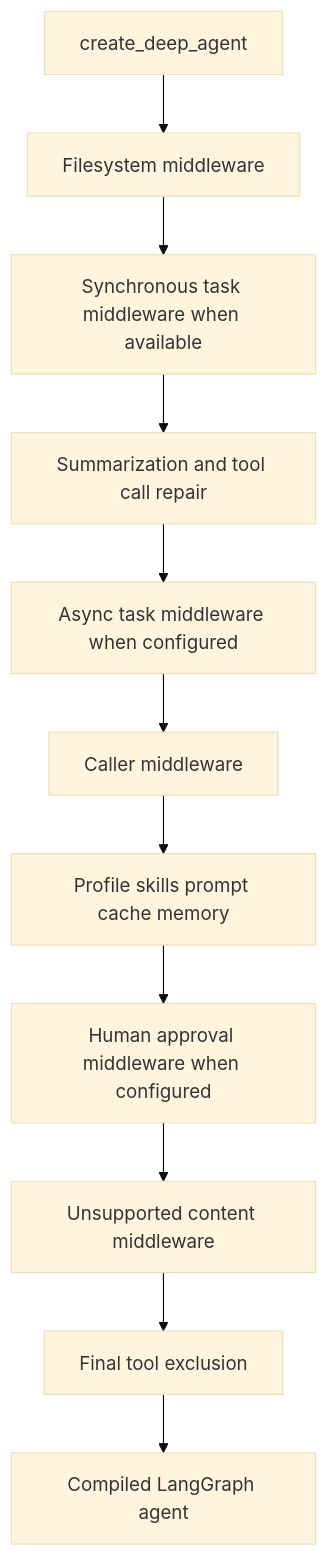
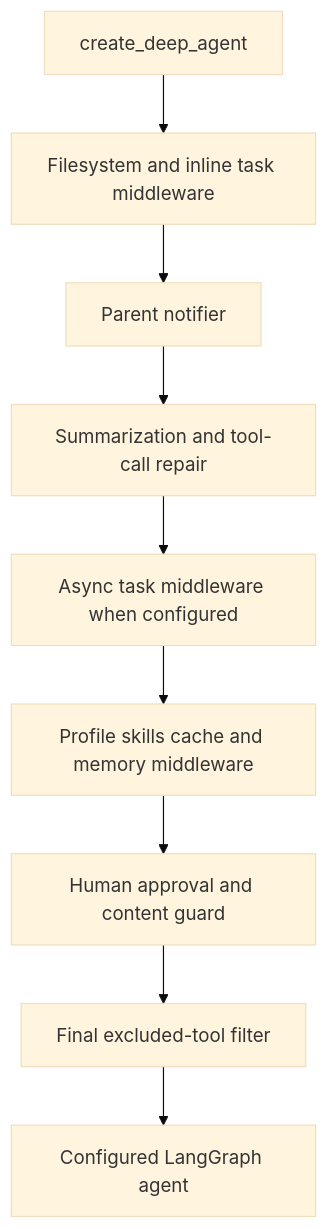
One commit to langchain-ai/deepagents changed the first of 4 diagrams in openwiki/architecture/runtime-behavior.md. Above: the diagram before and after it, drawn with Mermaid (base theme). The commit also changed other lines of this file and 47 other files, not shown here.

````diff
--- a/openwiki/architecture/runtime-behavior.md
+++ b/openwiki/architecture/runtime-behavior.md
@@ -43,13 +39,11 @@
 ```mermaid
 flowchart TD
-    Build["create_deep_agent"] --> Files["Filesystem middleware"]
-    Files --> Sync["Synchronous task middleware when available"]
-    Sync --> Repair["Summarization and tool call repair"]
-    Repair --> Remote["Async task middleware when configured"]
-    Remote --> Custom["Caller middleware"]
-    Custom --> Tail["Profile skills prompt cache memory"]
-    Tail --> Approval["Human approval middleware when configured"]
-    Approval --> Content["Unsupported content middleware"]
-    Content --> Exclusion["Final tool exclusion"]
-    Exclusion --> Graph["Compiled LangGraph agent"]
+    Build["create_deep_agent"] --> FS["Filesystem and inline task middleware"]
+    FS --> Notify["Parent notifier"]
+    Notify --> Context["Summarization and tool-call repair"]
+    Context --> Async["Async task middleware when configured"]
+    Async --> Tail["Profile skills cache and memory middleware"]
+    Tail --> Guard["Human approval and content guard"]
+    Guard --> Exclude["Final excluded-tool filter"]
+    Exclude --> Agent["Configured LangGraph agent"]
 ```
````
